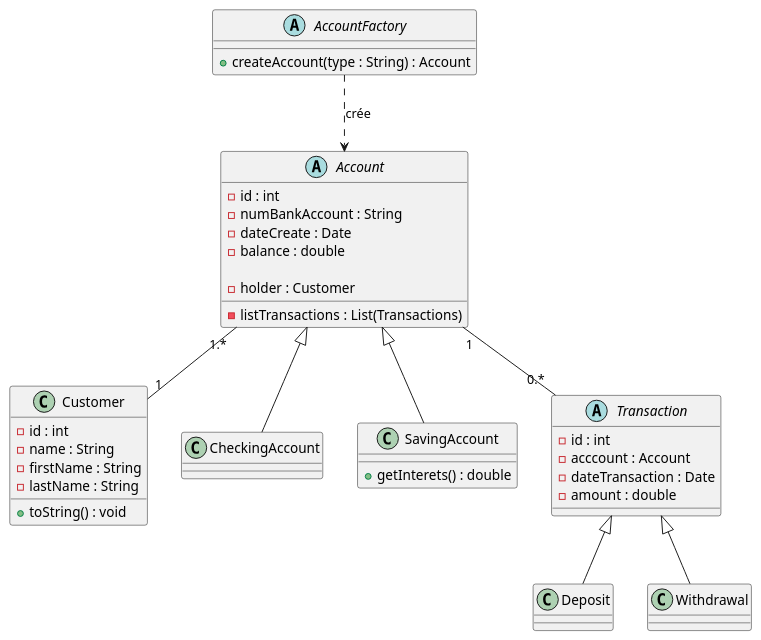
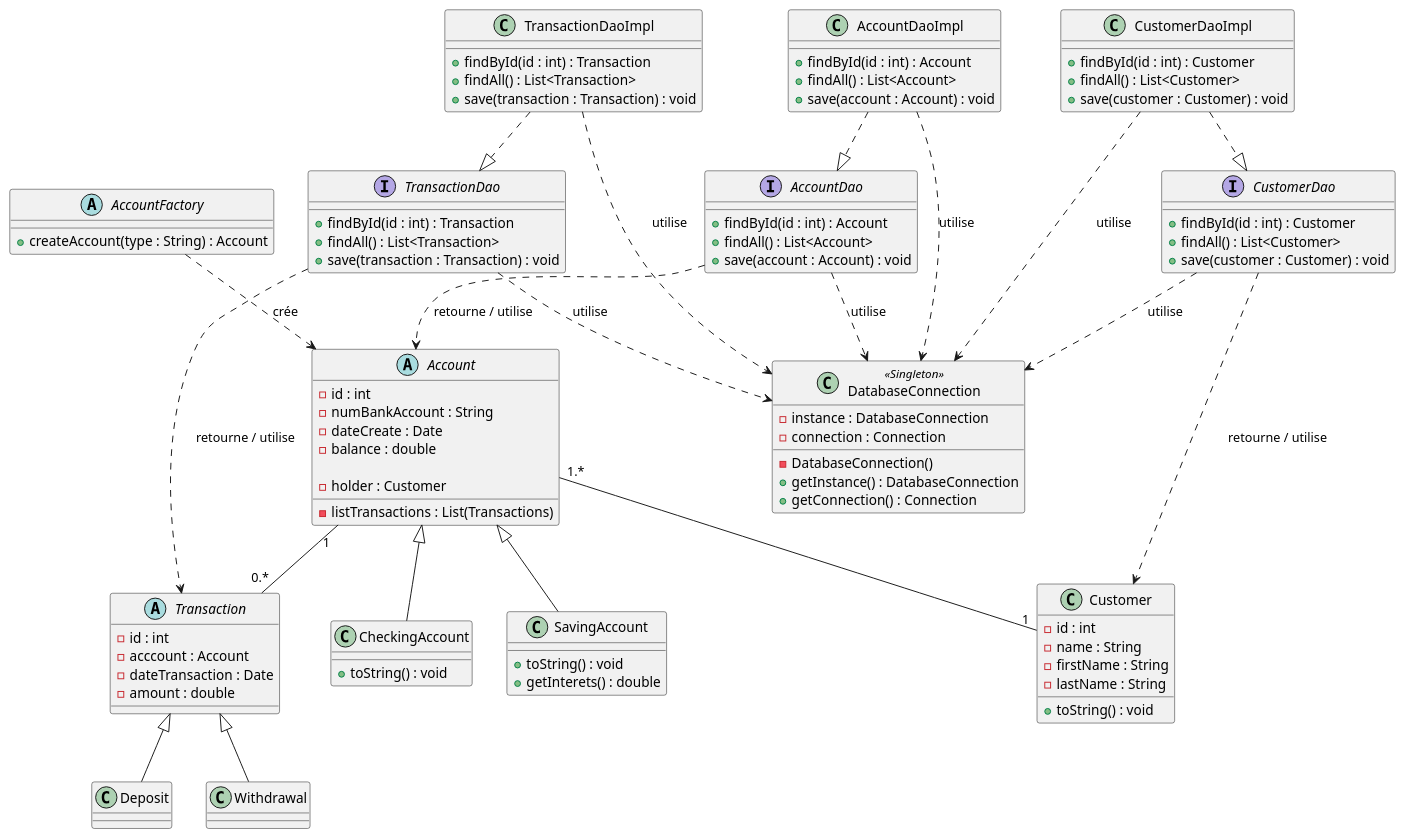
The diagram in docs/classes.puml (severinehmfms/TPBank), drawn with PlantUML before and after one commit.

Commit message:
Ajout Dao et DaoImpl dans le diagramme de classe

```diff
--- a/docs/classes.puml
+++ b/docs/classes.puml
@@ -1,49 +1,108 @@
 @startuml
+
+class DatabaseConnection <<Singleton>> {
+    - instance : DatabaseConnection
+    - connection : Connection
+    - DatabaseConnection()
+    + getInstance() : DatabaseConnection
+    + getConnection() : Connection
+}
+
+interface CustomerDao {
+    + findById(id : int) : Customer
+    + findAll() : List<Customer>
+    + save(customer : Customer) : void
+}
+
+class CustomerDaoImpl {
+    + findById(id : int) : Customer
+    + findAll() : List<Customer>
+    + save(customer : Customer) : void
+}
 
 class Customer {
     - id : int
     - name : String
     - firstName : String
     - lastName : String
     + toString() : void
 }
 
 abstract class AccountFactory{
     + createAccount(type : String) : Account
 }
 
+interface AccountDao {
+    + findById(id : int) : Account
+    + findAll() : List<Account>
+    + save(account : Account) : void
+}
+class AccountDaoImpl {
+    + findById(id : int) : Account
+    + findAll() : List<Account>
+    + save(account : Account) : void
+}
+
 abstract class Account{
     - id : int
     - numBankAccount : String
     - dateCreate : Date
     - balance : double
 
     - holder : Customer
     - listTransactions : List(Transactions)
 }
 class CheckingAccount extends Account{
-
+    + toString() : void
 }
 class SavingAccount extends Account{
+    + toString() : void
     + getInterets() : double
+}
+
+interface TransactionDao {
+    + findById(id : int) : Transaction
+    + findAll() : List<Transaction>
+    + save(transaction : Transaction) : void
+}
+class TransactionDaoImpl {
+    + findById(id : int) : Transaction
+    + findAll() : List<Transaction>
+    + save(transaction : Transaction) : void
 }
 
 abstract class Transaction{
     - id : int
     - acccount : Account
     - dateTransaction : Date
     - amount : double
 }
 class Deposit extends Transaction{
 
 }
 class Withdrawal extends Transaction{
 
 }
 
 Account "1.*" -- "1" Customer
 Account "1" -- "0.*" Transaction
 
 AccountFactory ..> Account : crée
 
+CustomerDao ..> DatabaseConnection : utilise
+AccountDao ..> DatabaseConnection : utilise
+TransactionDao ..> DatabaseConnection : utilise
+
+CustomerDaoImpl ..|> CustomerDao
+CustomerDao ..> Customer : retourne / utilise
+CustomerDaoImpl ..> DatabaseConnection : utilise
+
+AccountDaoImpl ..|> AccountDao
+AccountDao ..> Account : retourne / utilise
+AccountDaoImpl ..> DatabaseConnection : utilise
+
+TransactionDaoImpl ..|> TransactionDao
+TransactionDao ..> Transaction : retourne / utilise
+TransactionDaoImpl ..> DatabaseConnection : utilise
+
 @enduml
```
